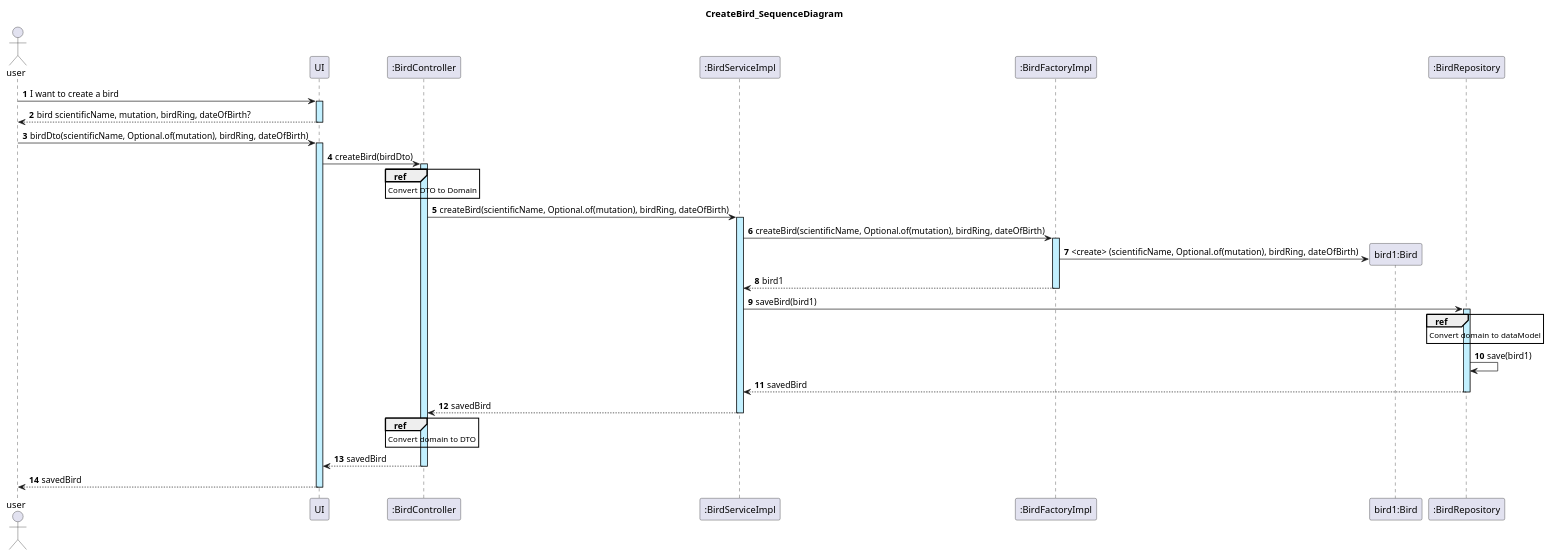
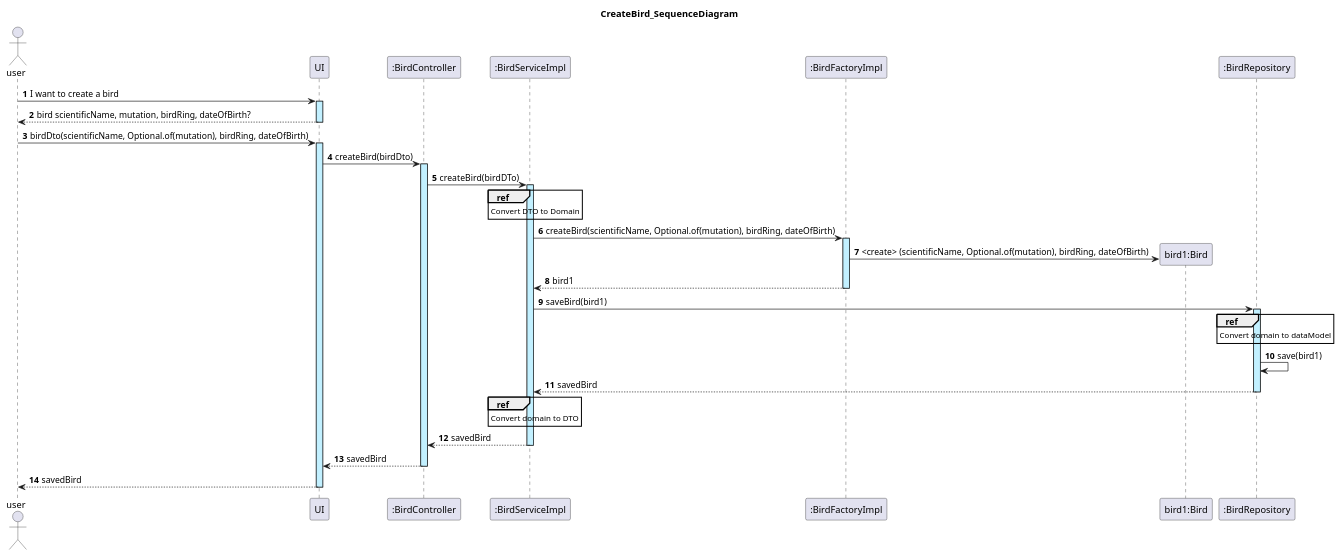
Before and after one commit to rubenrocha26/bms-backend-ddd: the diagram in docs/bird/createBird.puml, drawn with PlantUML. The commit also changed 1 other file, not shown here.

Commit message:
Updated diagrams

```diff
--- a/docs/bird/createBird.puml
+++ b/docs/bird/createBird.puml
@@ -1,35 +1,34 @@
 @startuml
 actor user
 autonumber
 
 title: CreateBird_SequenceDiagram
 
 user -> UI ++ #application : I want to create a bird
 UI --> user -- : bird scientificName, mutation, birdRing, dateOfBirth?
 
 user -> UI ++ #application : birdDto(scientificName, Optional.of(mutation), birdRing, dateOfBirth)
 UI -> ":BirdController" as BC ++ #application : createBird(birdDto)
-ref over BC
+BC -> ":BirdServiceImpl" as BS ++ #application : createBird(birdDTo)
+ref over BS
     Convert DTO to Domain
 end ref
-BC -> ":BirdServiceImpl" as BS ++ #application : createBird(scientificName, Optional.of(mutation), birdRing, dateOfBirth)
 BS -> ":BirdFactoryImpl" as BF ++ #application : createBird(scientificName, Optional.of(mutation), birdRing, dateOfBirth)
 
 create "bird1:Bird" as BD
 BF -> BD : <create>  (scientificName, Optional.of(mutation), birdRing, dateOfBirth)
 BF --> BS  -- : bird1
 
 BS -> ":BirdRepository" as BR ++ #application : saveBird(bird1)
 ref over BR
     Convert domain to dataModel
 end ref
 BR -> BR : save(bird1)
 BR --> BS  -- : savedBird
-
-BS --> BC -- : savedBird
-ref over BC
+ref over BS
     Convert domain to DTO
 end ref
+BS --> BC -- : savedBird
 BC --> UI -- : savedBird
 UI --> user -- : savedBird
 @enduml
```
